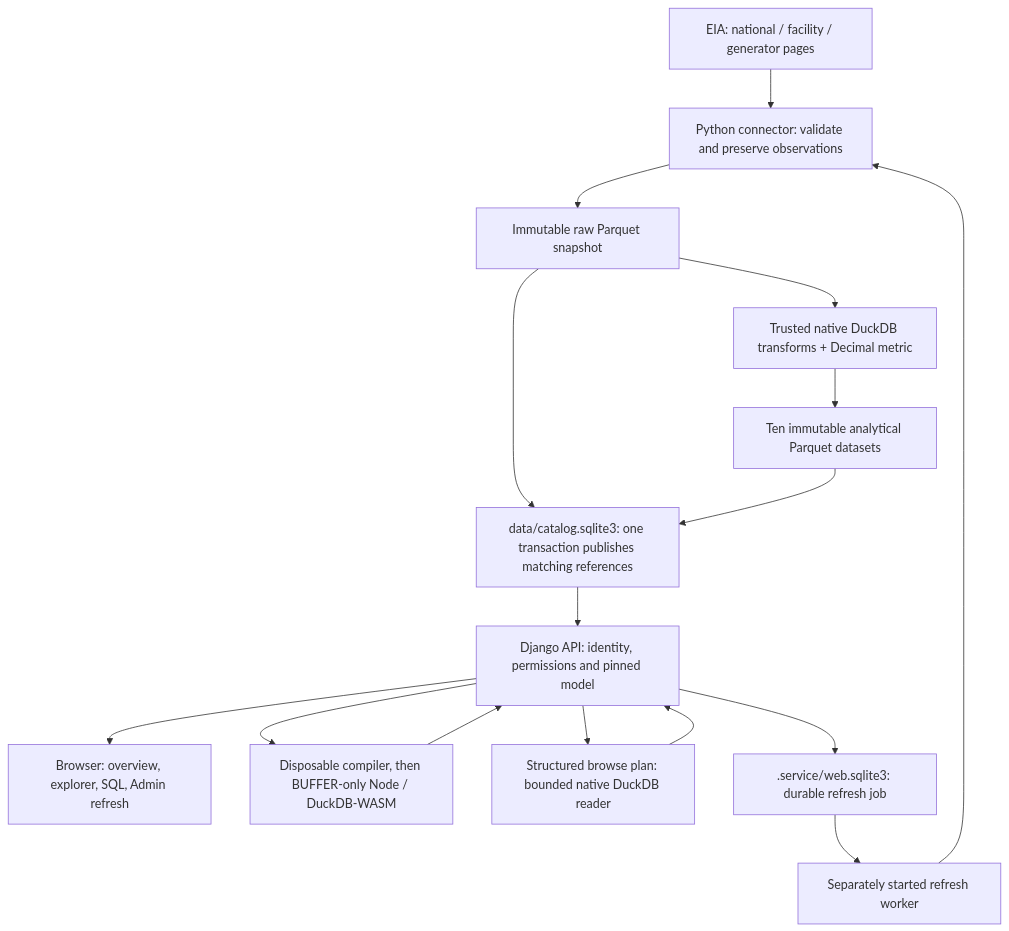
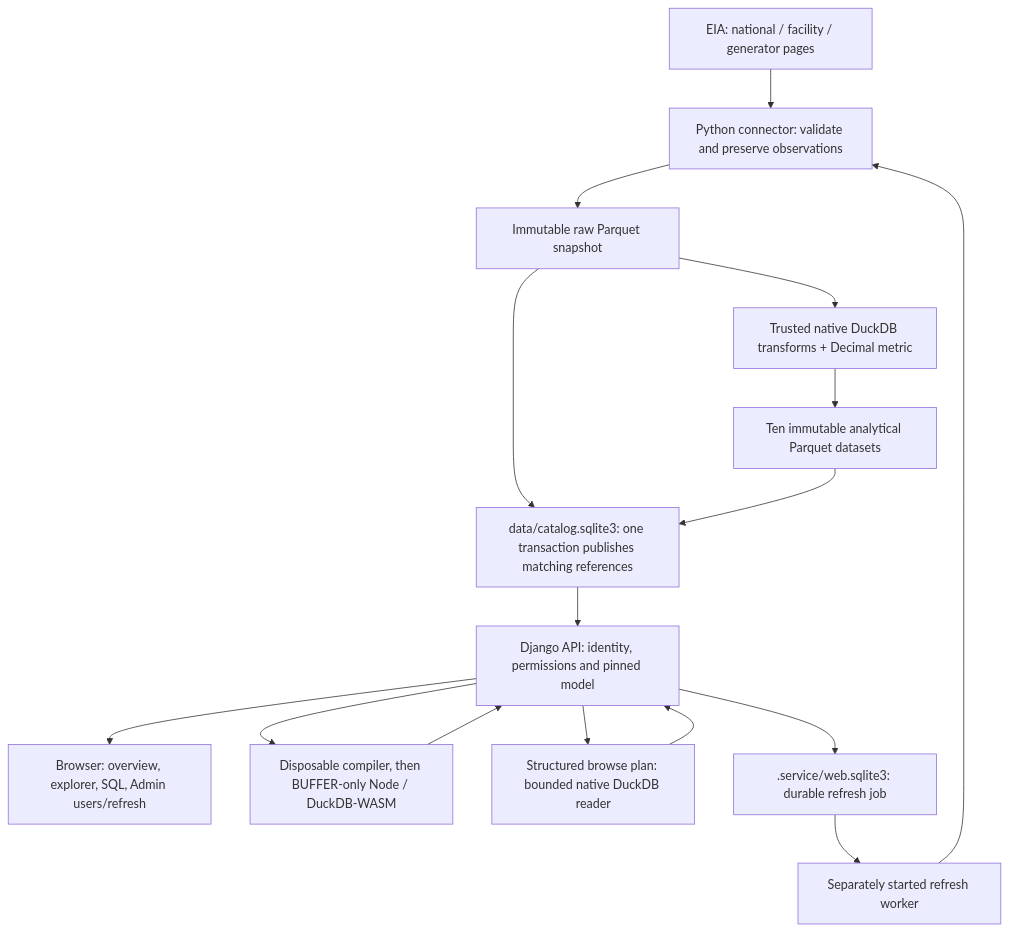
The diagram in docs/PROJECT_TOUR.md (ricardorodab/arkham-challenge), drawn with Mermaid before and after one commit. The commit also changed other lines of this file and 36 other files, not shown here.

First line of the commit message:
Refresh workspace styling and add Admin user management

````diff
--- a/docs/PROJECT_TOUR.md
+++ b/docs/PROJECT_TOUR.md
@@ -23,18 +23,18 @@
 ```mermaid
 flowchart TD
     EIA["EIA: national / facility / generator pages"] --> I["Python connector: validate and preserve observations"]
     I --> R["Immutable raw Parquet snapshot"]
     R --> M["Trusted native DuckDB transforms + Decimal metric"]
     M --> A["Ten immutable analytical Parquet datasets"]
     R --> C["data/catalog.sqlite3: one transaction publishes matching references"]
     A --> C
     C --> API["Django API: identity, permissions and pinned model"]
-    API --> B["Browser: overview, explorer, SQL, Admin refresh"]
+    API --> B["Browser: overview, explorer, SQL, Admin users/refresh"]
     API --> Q["Disposable compiler, then BUFFER-only Node / DuckDB-WASM"]
     Q --> API
     API --> S["Structured browse plan: bounded native DuckDB reader"]
     S --> API
     API --> J[".service/web.sqlite3: durable refresh job"]
     J --> W["Separately started refresh worker"]
     W --> I
 ```
````
